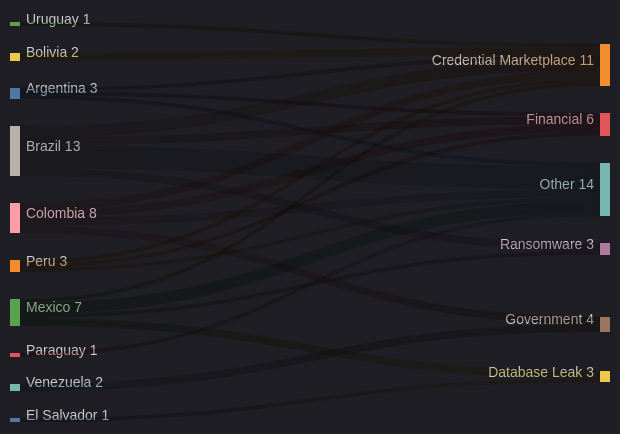
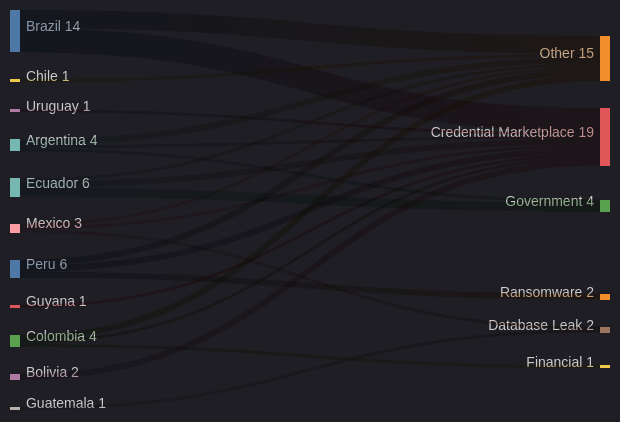
The third of 5 diagrams in exfiltradaz.md (ZoqueLabs/website), drawn with Mermaid before and after one commit. The commit also changed other lines of this file, not shown here.

````diff
--- a/exfiltradaz.md
+++ b/exfiltradaz.md
@@ -90,30 +92,29 @@
 ```mermaid
 ---
 config:
   theme: dark
 ---
 sankey-beta
+  Brazil,Other,6
+  Brazil,Credential Marketplace,8
+  Ecuador,Other,1
+  Ecuador,Credential Marketplace,2
+  Ecuador,Government,3
+  Chile,Other,1
+  Uruguay,Credential Marketplace,1
+  Mexico,Database Leak,1
+  Mexico,Other,1
+  Mexico,Credential Marketplace,1
+  Guatemala,Database Leak,1
+  Peru,Credential Marketplace,2
+  Peru,Other,2
+  Peru,Ransomware,2
+  Guyana,Credential Marketplace,1
+  Argentina,Government,1
+  Argentina,Other,2
   Argentina,Credential Marketplace,1
-  Argentina,Financial,1
-  Argentina,Other,1
-  Mexico,Database Leak,2
-  Mexico,Other,3
-  Mexico,Ransomware,1
-  Mexico,Credential Marketplace,1
-  Colombia,Financial,2
-  Colombia,Credential Marketplace,2
-  Colombia,Government,2
+  Colombia,Financial,1
+  Colombia,Credential Marketplace,1
   Colombia,Other,2
-  Brazil,Credential Marketplace,3
-  Brazil,Ransomware,2
-  Brazil,Financial,2
-  Brazil,Other,6
-  El Salvador,Database Leak,1
-  Peru,Other,1
-  Peru,Credential Marketplace,1
-  Peru,Financial,1
-  Paraguay,Other,1
-  Venezuela,Government,2
-  Uruguay,Credential Marketplace,1
   Bolivia,Credential Marketplace,2
 ```
````
